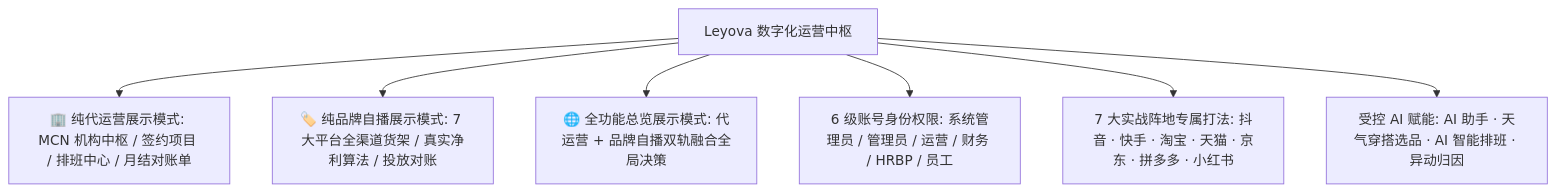
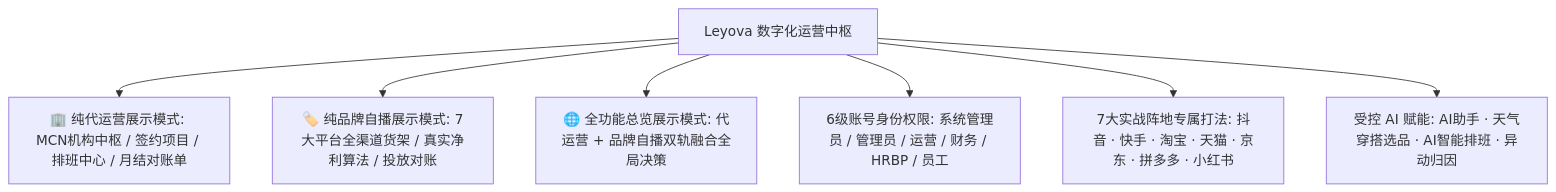
Before and after one commit to BlazarLIU/leyova: the first of 3 diagrams in README.md, drawn with Mermaid. The commit also changed other lines of this file, not shown here.

Commit message:
fix(docs): 修复系统架构图Mermaid语法与层级排版，解决GitHub渲染错乱

````diff
--- a/README.md
+++ b/README.md
@@ -30,10 +30,10 @@
 ```mermaid
 graph TD
-  A[Leyova 数字化运营中枢] --> M1[🏢 纯代运营展示模式: MCN 机构中枢 / 签约项目 / 排班中心 / 月结对账单]
-  A --> M2[🏷️ 纯品牌自播展示模式: 7 大平台全渠道货架 / 真实净利算法 / 投放对账]
-  A --> M3[🌐 全功能总览展示模式: 代运营 + 品牌自播双轨融合全局决策]
+  A["Leyova 数字化运营中枢"] --> M1["🏢 纯代运营展示模式: MCN机构中枢 / 签约项目 / 排班中心 / 月结对账单"]
+  A --> M2["🏷️ 纯品牌自播展示模式: 7大平台全渠道货架 / 真实净利算法 / 投放对账"]
+  A --> M3["🌐 全功能总览展示模式: 代运营 + 品牌自播双轨融合全局决策"]
 
-  A --> RBAC[6 级账号身份权限: 系统管理员 / 管理员 / 运营 / 财务 / HRBP / 员工]
-  A --> PF[7 大实战阵地专属打法: 抖音 · 快手 · 淘宝 · 天猫 · 京东 · 拼多多 · 小红书]
-  A --> AI[受控 AI 赋能: AI 助手 · 天气穿搭选品 · AI 智能排班 · 异动归因]
+  A --> RBAC["6级账号身份权限: 系统管理员 / 管理员 / 运营 / 财务 / HRBP / 员工"]
+  A --> PF["7大实战阵地专属打法: 抖音 · 快手 · 淘宝 · 天猫 · 京东 · 拼多多 · 小红书"]
+  A --> AI["受控 AI 赋能: AI助手 · 天气穿搭选品 · AI智能排班 · 异动归因"]
 ```
````
